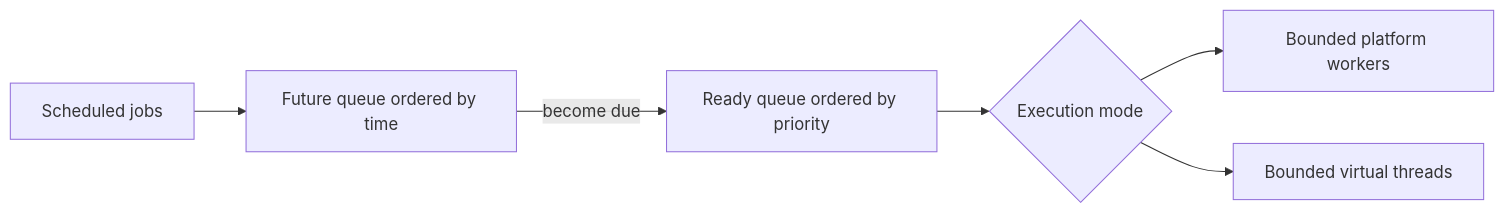
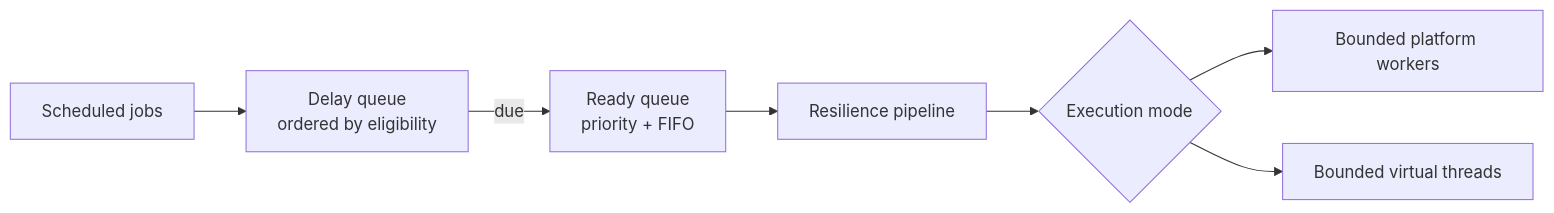
Before and after one commit to Voraes/j-scheduler: the first of 2 diagrams in README.md, drawn with Mermaid. The commit also changed other lines of this file and 51 other files, not shown here.

````diff
--- a/README.md
+++ b/README.md
@@ -75,8 +79,9 @@
 ```mermaid
 flowchart LR
-    A[Scheduled jobs] --> B[Future queue ordered by time]
-    B -->|become due| C[Ready queue ordered by priority]
-    C --> D{Execution mode}
-    D --> E[Bounded platform workers]
-    D --> F[Bounded virtual threads]
+    A["Scheduled jobs"] --> B["Delay queue<br/>ordered by eligibility"]
+    B -->|"due"| C["Ready queue<br/>priority + FIFO"]
+    C --> D["Resilience pipeline"]
+    D --> E{"Execution mode"}
+    E --> F["Bounded platform workers"]
+    E --> G["Bounded virtual threads"]
 ```
````
